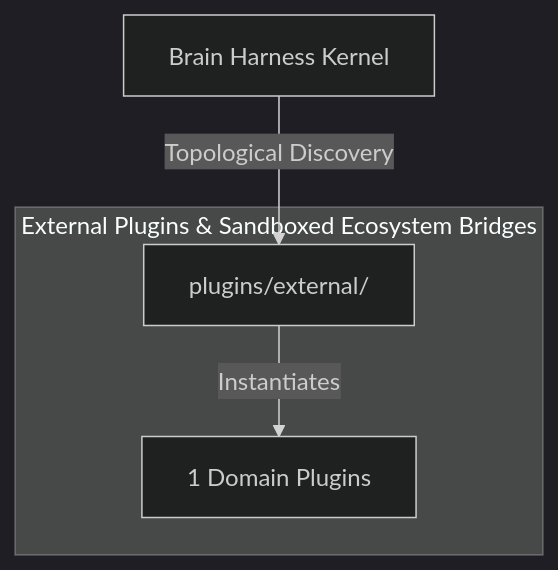
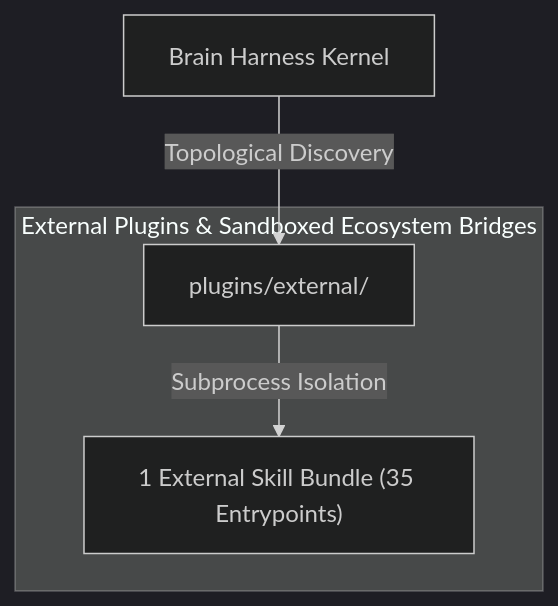
The diagram in plugins/external/README.md (SpectreDeath/Brain-Harness), drawn with Mermaid (dark theme) before and after one commit. The commit also changed other lines of this file and 121 other files, not shown here.

````diff
--- a/plugins/external/README.md
+++ b/plugins/external/README.md
@@ -11,9 +11,9 @@
 ```mermaid
 flowchart TD
     subgraph CategoryDomain ["External Plugins & Sandboxed Ecosystem Bridges"]
         CategoryHub["plugins/external/"]
-        PluginsList["1 Domain Plugins"]
+        PluginsList["1 External Skill Bundle (35 Entrypoints)"]
     end
     KernelCore[Brain Harness Kernel] -->|Topological Discovery| CategoryHub
-    CategoryHub -->|Instantiates| PluginsList
+    CategoryHub -->|Subprocess Isolation| PluginsList
 ```
````
